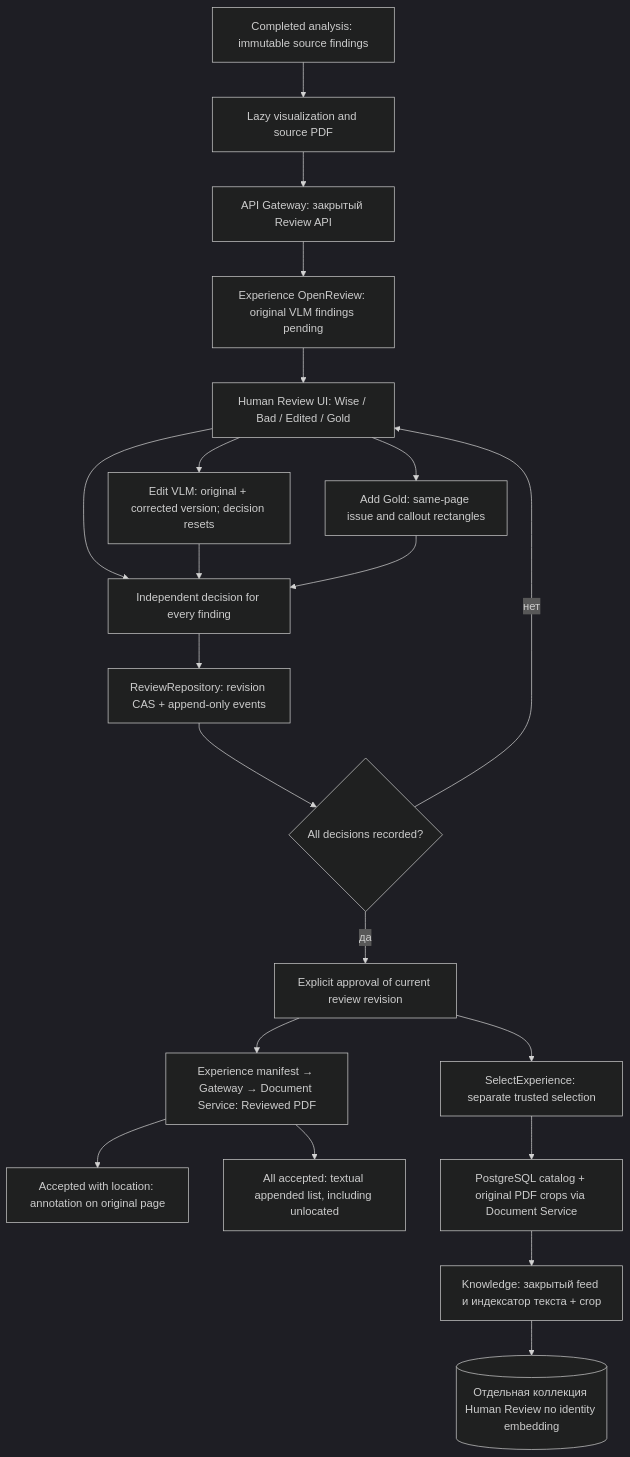
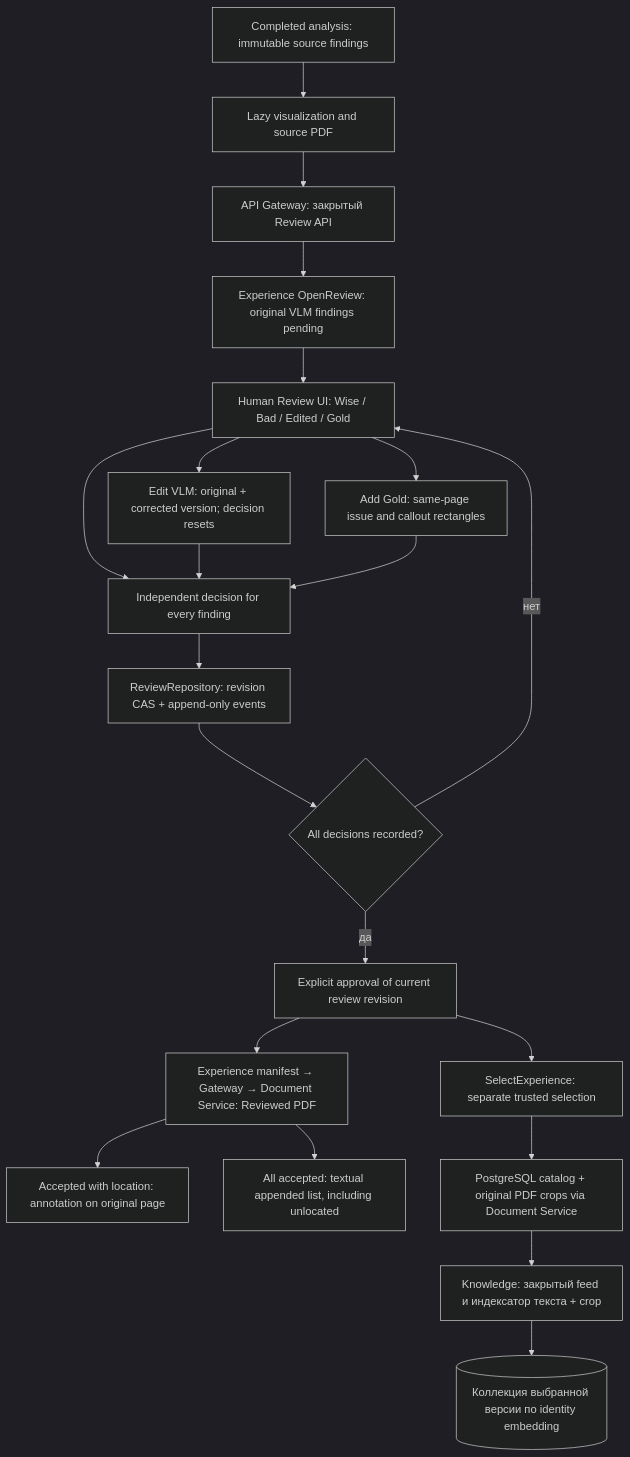
One commit to Amadu-A/PDRD-validation changed diagram 11 of 15 in README.md. Above: the diagram before and after it, drawn with Mermaid (dark theme). The commit also changed other lines of this file and 86 other files, not shown here.

````diff
--- a/README.md
+++ b/README.md
@@ -585,23 +585,23 @@
 ```mermaid
 flowchart TD
     A["Completed analysis: immutable source findings"] --> V["Lazy visualization and source PDF"]
     V --> GW["API Gateway: закрытый Review API"]
     GW --> OPEN["Experience OpenReview: original VLM findings pending"]
     OPEN --> UI["Human Review UI: Wise / Bad / Edited / Gold"]
     UI --> EDIT["Edit VLM: original + corrected version; decision resets"]
     UI --> MANUAL["Add Gold: same-page issue and callout rectangles"]
     UI --> DECIDE["Independent decision for every finding"]
     EDIT --> DECIDE
     MANUAL --> DECIDE
     DECIDE --> CAS["ReviewRepository: revision CAS + append-only events"]
     CAS --> ALL{"All decisions recorded?"}
     ALL -->|нет| UI
     ALL -->|да| APPROVE["Explicit approval of current review revision"]
     APPROVE --> PDF["Experience manifest → Gateway → Document Service: Reviewed PDF"]
     PDF --> PAGE["Accepted with location: annotation on original page"]
     PDF --> TEXT["All accepted: textual appended list, including unlocated"]
     APPROVE --> PICK["SelectExperience: separate trusted selection"]
     PICK --> STORE["PostgreSQL catalog + original PDF crops via Document Service"]
     STORE --> INDEX["Knowledge: закрытый feed и индексатор текста + crop"]
-    INDEX --> QD[("Отдельная коллекция Human Review по identity embedding")]
+    INDEX --> QD[("Коллекция выбранной версии по identity embedding")]
 ```
````
